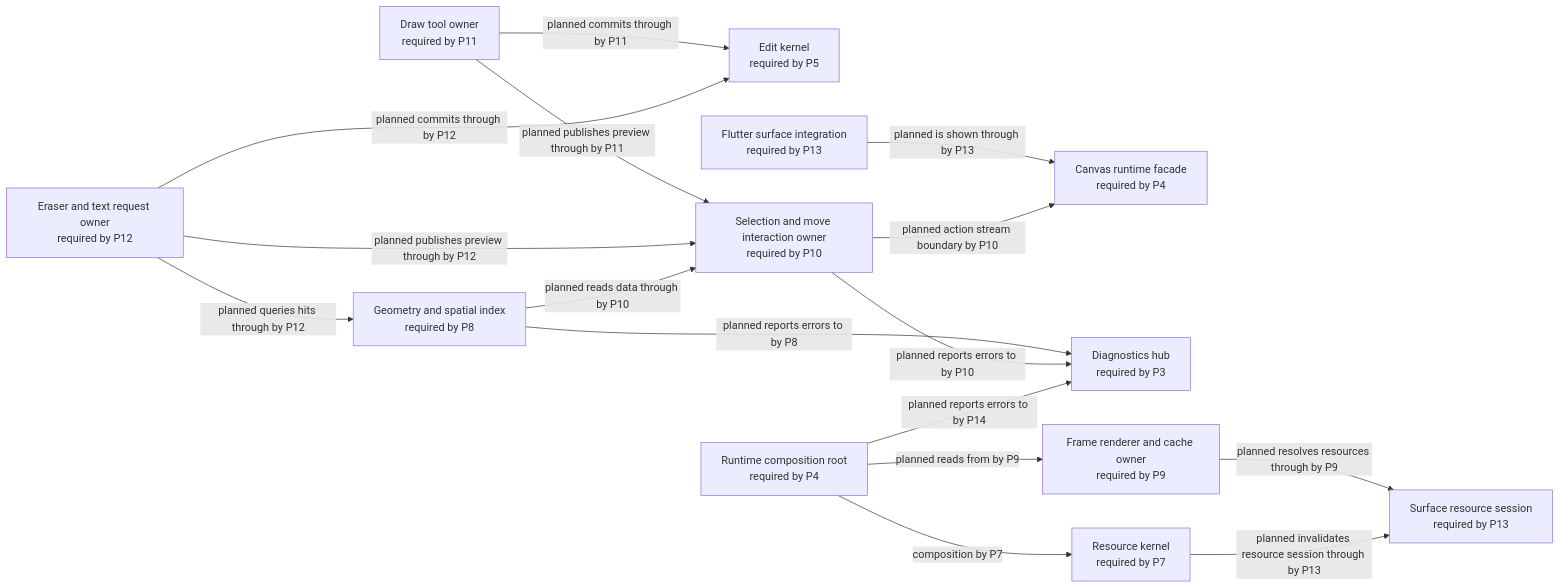
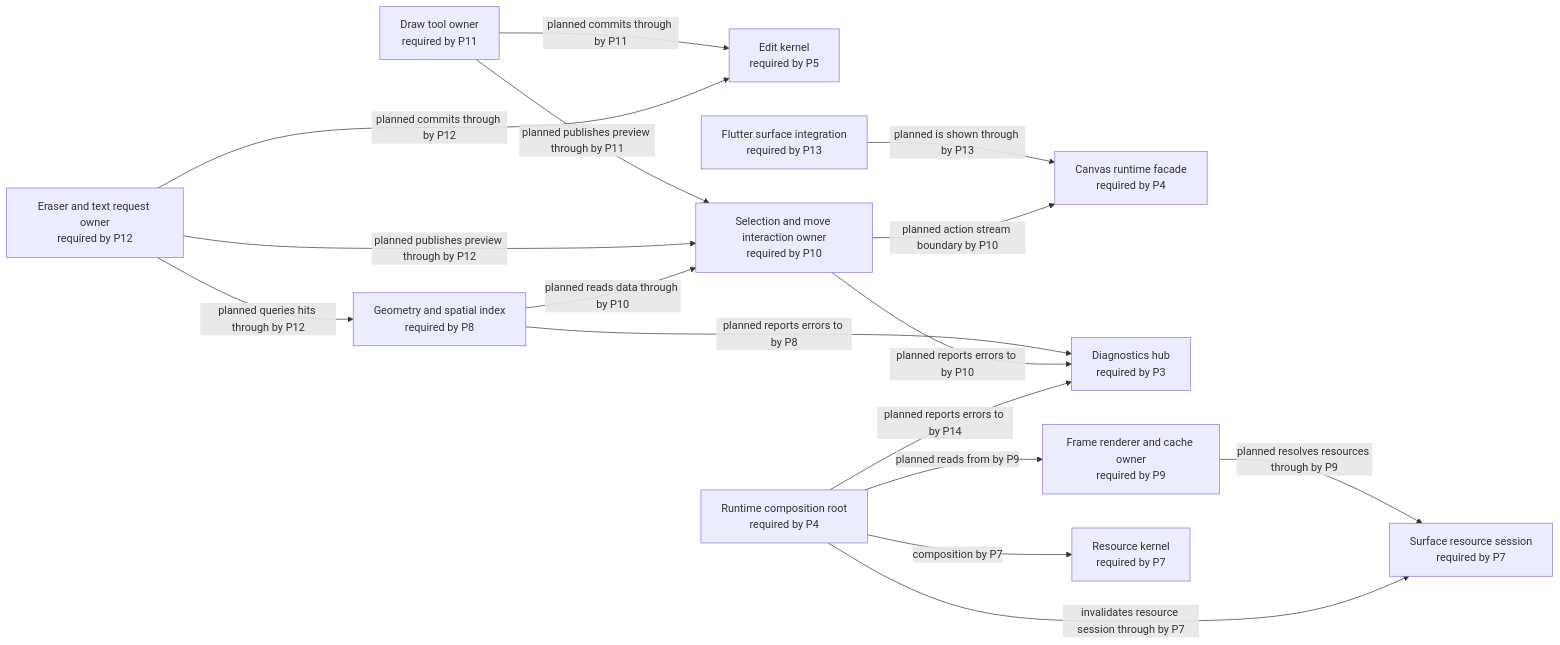
Before and after one commit to GreatPika/iwb_canvas_engine: the diagram in docs/diagrams/generated/future_target.mmd, drawn with Mermaid. The commit also changed 18 other files, not shown here.

```diff
--- a/docs/diagrams/generated/future_target.mmd
+++ b/docs/diagrams/generated/future_target.mmd
@@ -1,32 +1,32 @@
 %% GENERATED FILE. Do not edit by hand.
 %% Source: docs/architecture/architecture_graph.yaml
 %% View: Future target architecture graph
 %% Selected phase: P6
 flowchart LR
   api_canvas_runtime["Canvas runtime facade<br/>required by P4"]
   diagnostics_hub["Diagnostics hub<br/>required by P3"]
   draw_tools["Draw tool owner<br/>required by P11"]
   edit_kernel["Edit kernel<br/>required by P5"]
   eraser_text_request["Eraser and text request owner<br/>required by P12"]
   flutter_surface["Flutter surface integration<br/>required by P13"]
   frame_renderer["Frame renderer and cache owner<br/>required by P9"]
   geometry_spatial_index["Geometry and spatial index<br/>required by P8"]
   interaction_selection_move["Selection and move interaction owner<br/>required by P10"]
   resource_kernel["Resource kernel<br/>required by P7"]
-  resource_surface_session["Surface resource session<br/>required by P13"]
+  resource_surface_session["Surface resource session<br/>required by P7"]
   runtime_root["Runtime composition root<br/>required by P4"]
   draw_tools -->|planned commits through by P11| edit_kernel
   draw_tools -->|planned publishes preview through by P11| interaction_selection_move
   eraser_text_request -->|planned commits through by P12| edit_kernel
   eraser_text_request -->|planned publishes preview through by P12| interaction_selection_move
   eraser_text_request -->|planned queries hits through by P12| geometry_spatial_index
   flutter_surface -->|planned is shown through by P13| api_canvas_runtime
   frame_renderer -->|planned resolves resources through by P9| resource_surface_session
   geometry_spatial_index -->|planned reports errors to by P8| diagnostics_hub
   geometry_spatial_index -->|planned reads data through by P10| interaction_selection_move
   interaction_selection_move -->|planned action stream boundary by P10| api_canvas_runtime
   interaction_selection_move -->|planned reports errors to by P10| diagnostics_hub
-  resource_kernel -->|planned invalidates resource session through by P13| resource_surface_session
   runtime_root -->|planned reads from by P9| frame_renderer
+  runtime_root -->|invalidates resource session through by P7| resource_surface_session
   runtime_root -->|planned reports errors to by P14| diagnostics_hub
   runtime_root -->|composition by P7| resource_kernel
```
